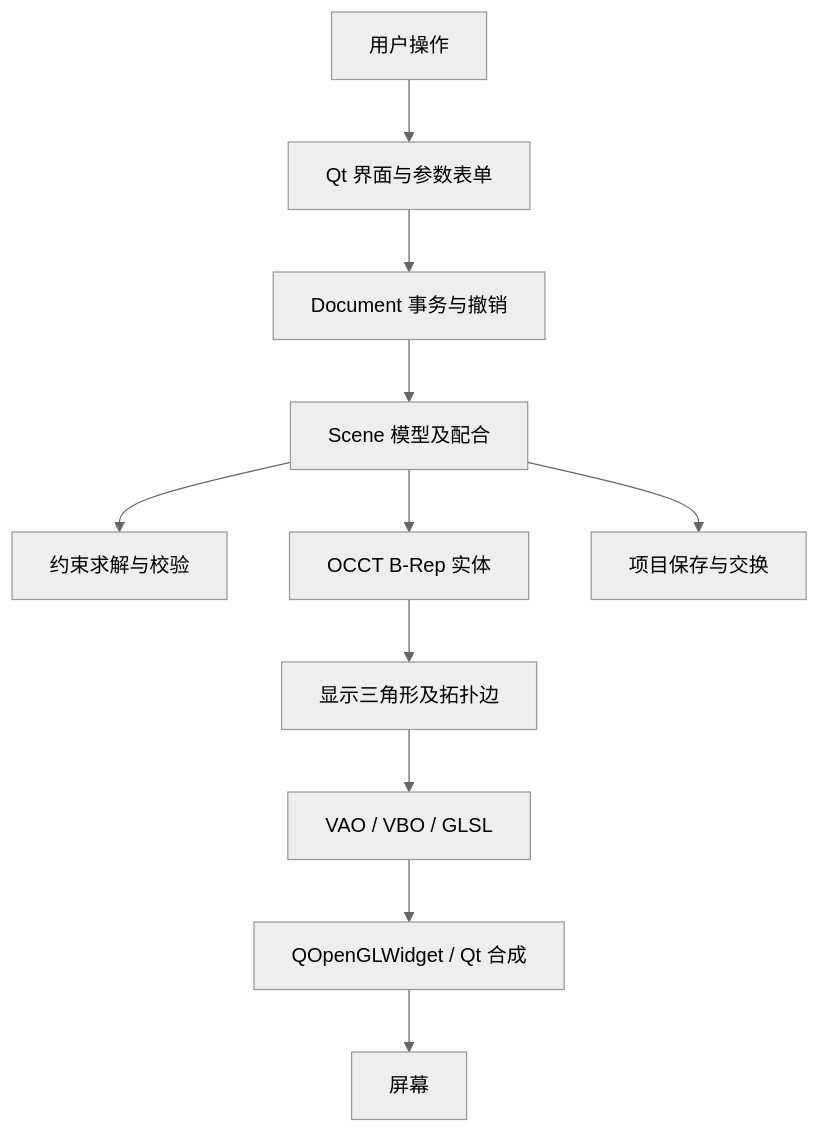
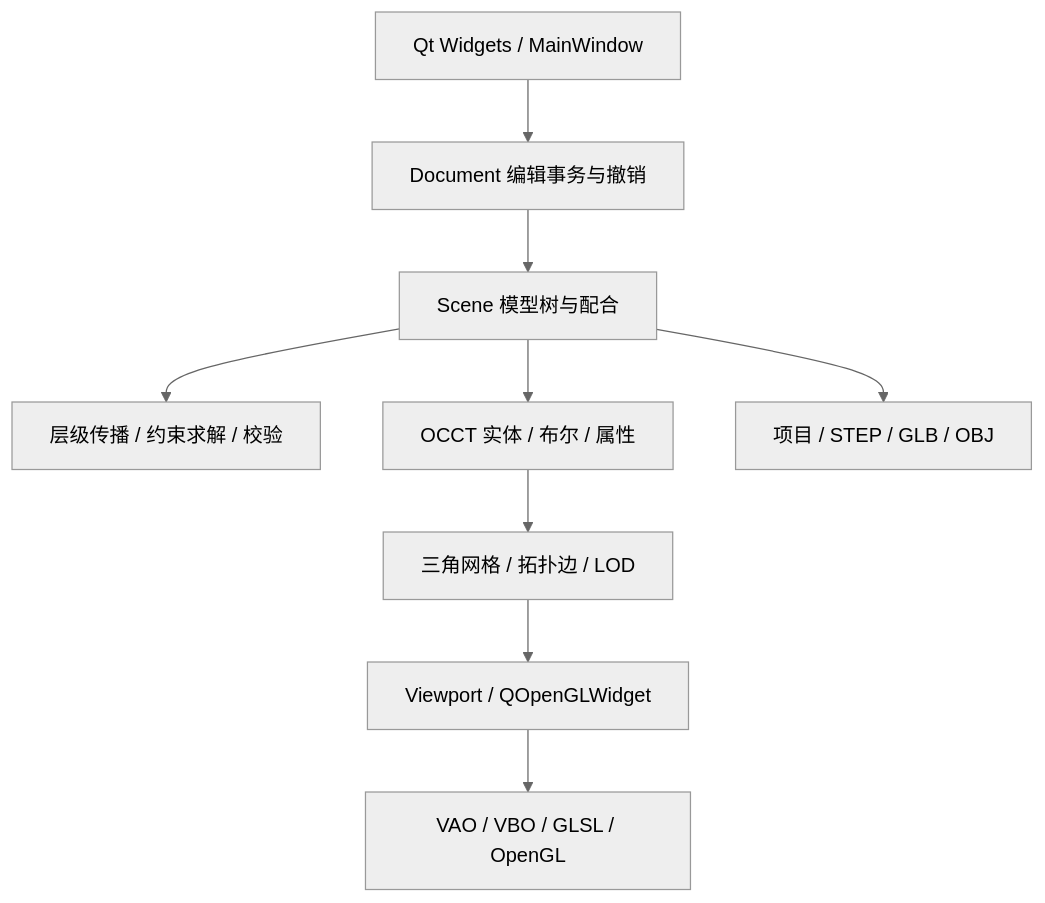
One commit to 13536309143/AxisForge-CAD changed the diagram in README.md. Above: the diagram before and after it, drawn with Mermaid (neutral theme). The commit also changed other lines of this file and 46 other files, not shown here.

````diff
--- a/README.md
+++ b/README.md
@@ -94,13 +127,11 @@
 ```mermaid
 flowchart TD
-  U[用户操作] --> Qt[Qt 界面与参数表单]
-  Qt --> D[Document 事务与撤销]
-  D --> S[Scene 模型及配合]
-  S --> C[约束求解与校验]
-  S --> OCC[OCCT B-Rep 实体]
-  OCC --> M[显示三角形及拓扑边]
-  M --> GL[VAO / VBO / GLSL]
-  GL --> W[QOpenGLWidget / Qt 合成]
-  W --> Screen[屏幕]
-  S --> IO[项目保存与交换]
+    UI[Qt Widgets / MainWindow] --> DOC[Document 编辑事务与撤销]
+    DOC --> SCENE[Scene 模型树与配合]
+    SCENE --> SOLVE[层级传播 / 约束求解 / 校验]
+    SCENE --> KERNEL[OCCT 实体 / 布尔 / 属性]
+    KERNEL --> MESH[三角网格 / 拓扑边 / LOD]
+    MESH --> VIEW[Viewport / QOpenGLWidget]
+    VIEW --> GPU[VAO / VBO / GLSL / OpenGL]
+    SCENE --> IO[项目 / STEP / GLB / OBJ]
 ```
````
